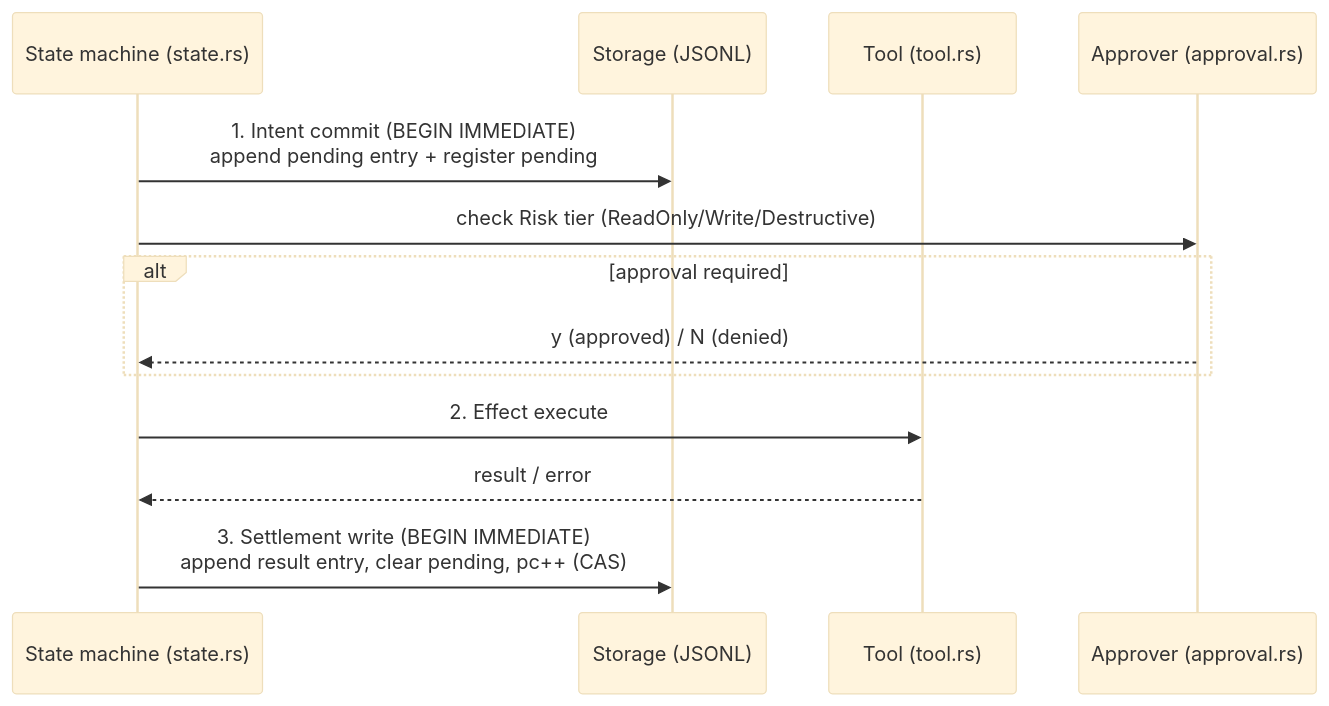
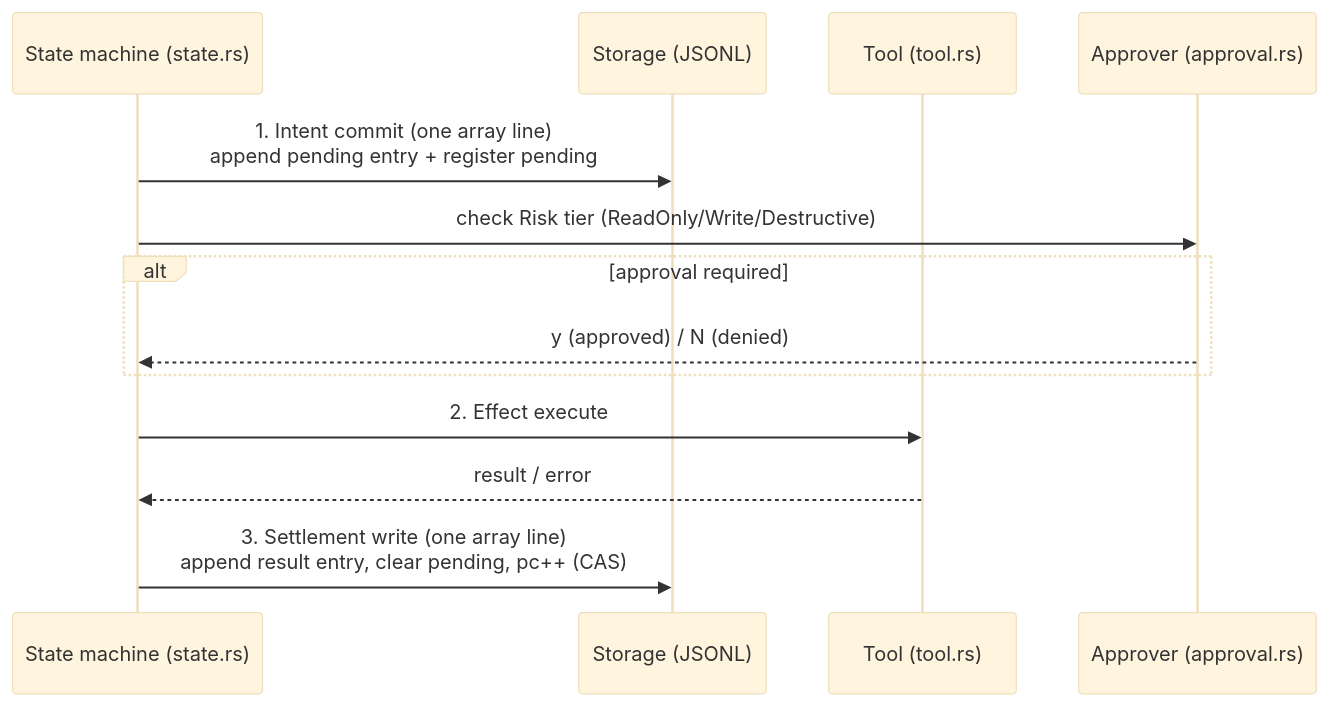
Before and after one commit to codecoradev/tole: the third of 3 diagrams in docs/architecture.md, drawn with Mermaid (base theme). The commit also changed other lines of this file and 1 other file, not shown here.

````diff
--- a/docs/architecture.md
+++ b/docs/architecture.md
@@ -113,16 +113,16 @@
 ```mermaid
 sequenceDiagram
     participant SM as State machine (state.rs)
     participant DB as Storage (JSONL)
     participant T as Tool (tool.rs)
     participant AP as Approver (approval.rs)
 
-    SM->>DB: 1. Intent commit (BEGIN IMMEDIATE)<br/>append pending entry + register pending
+    SM->>DB: 1. Intent commit (one array line)<br/>append pending entry + register pending
     SM->>AP: check Risk tier (ReadOnly/Write/Destructive)
     alt approval required
         AP-->>SM: y (approved) / N (denied)
     end
     SM->>T: 2. Effect execute
     T-->>SM: result / error
-    SM->>DB: 3. Settlement write (BEGIN IMMEDIATE)<br/>append result entry, clear pending, pc++ (CAS)
+    SM->>DB: 3. Settlement write (one array line)<br/>append result entry, clear pending, pc++ (CAS)
 ```
````
